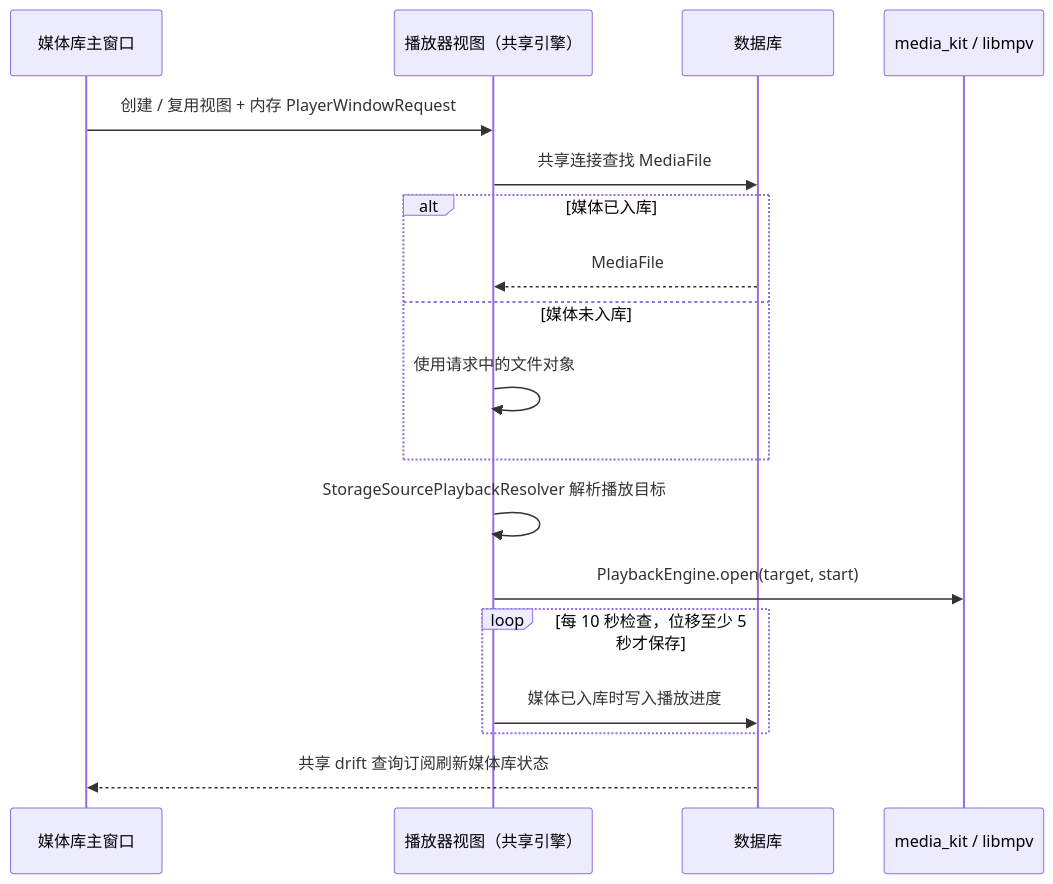
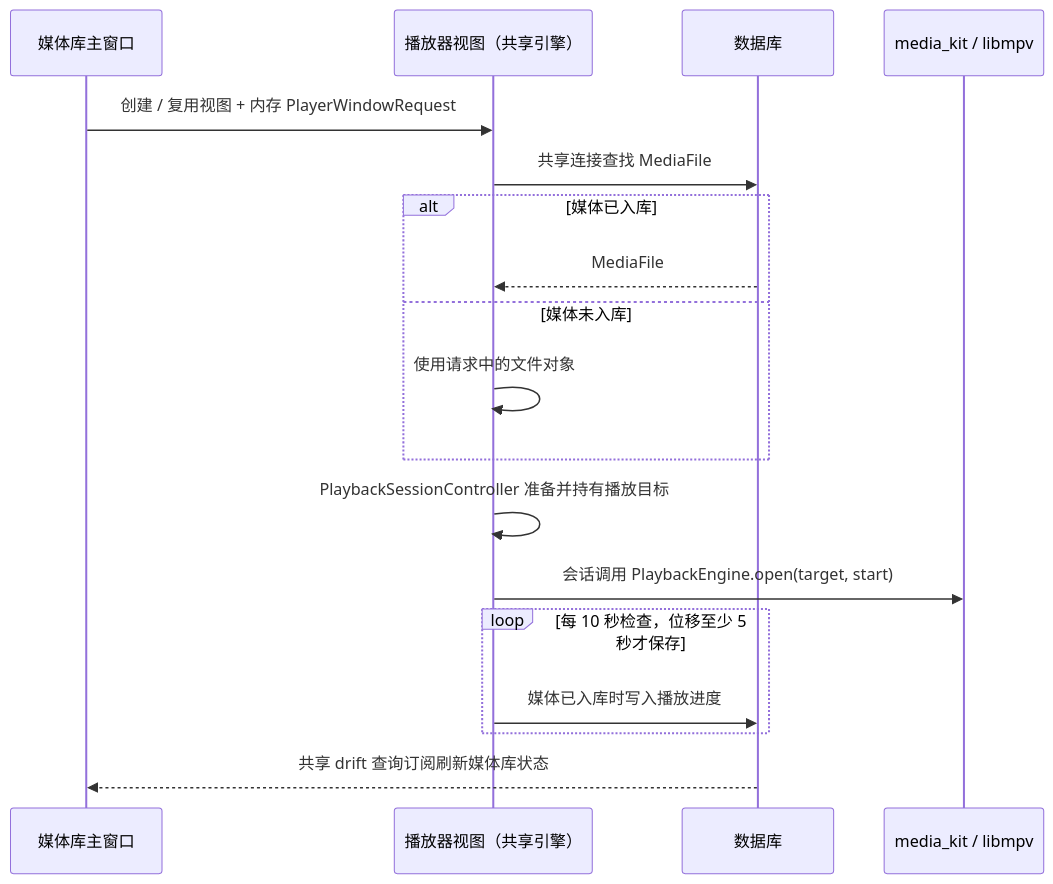
One commit to sen-to/mochi_player changed the first of 3 diagrams in docs/architecture/playback.md. Above: the diagram before and after it, drawn with Mermaid. The commit also changed other lines of this file and 19 other files, not shown here.

````diff
--- a/docs/architecture/playback.md
+++ b/docs/architecture/playback.md
@@ -5,20 +5,20 @@
 ```mermaid
 sequenceDiagram
   participant UI as 媒体库主窗口
   participant MW as 播放器视图（共享引擎）
   participant DB as 数据库
   participant MPV as media_kit / libmpv
   UI->>MW: 创建 / 复用视图 + 内存 PlayerWindowRequest
   MW->>DB: 共享连接查找 MediaFile
   alt 媒体已入库
     DB-->>MW: MediaFile
   else 媒体未入库
     MW->>MW: 使用请求中的文件对象
   end
-  MW->>MW: StorageSourcePlaybackResolver 解析播放目标
-  MW->>MPV: PlaybackEngine.open(target, start)
+  MW->>MW: PlaybackSessionController 准备并持有播放目标
+  MW->>MPV: 会话调用 PlaybackEngine.open(target, start)
   loop 每 10 秒检查，位移至少 5 秒才保存
     MW->>DB: 媒体已入库时写入播放进度
   end
   DB-->>UI: 共享 drift 查询订阅刷新媒体库状态
 ```
````
